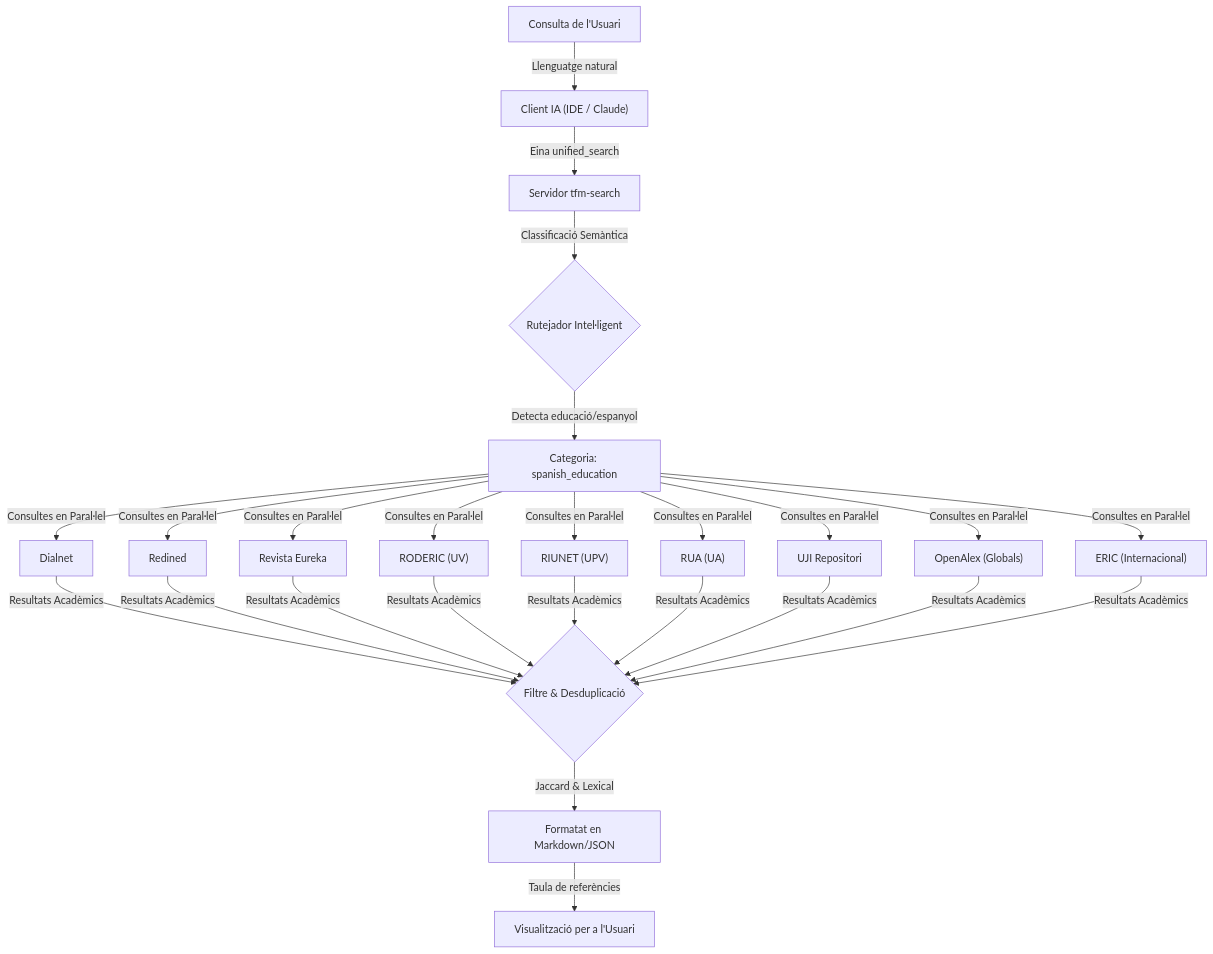
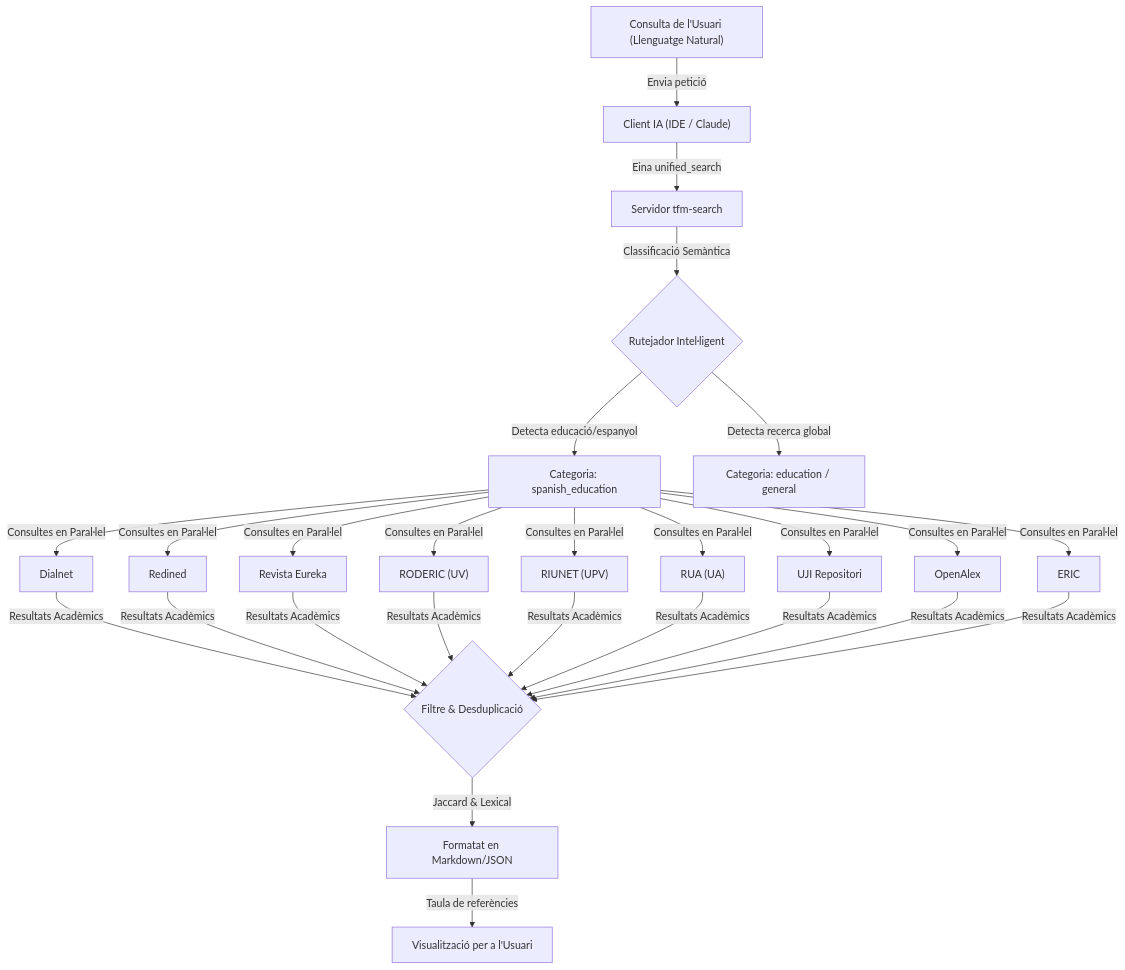
Before and after one commit to CasimirVictoria/TFM-Secundaria_FiQ_PC_Jupyter_Sagemath: the diagram in exemple_mcp.md, drawn with Mermaid. The commit also changed other lines of this file, not shown here.

````diff
--- a/exemple_mcp.md
+++ b/exemple_mcp.md
@@ -30,24 +22,25 @@
 ```mermaid
 graph TD
-    UserQuery["Consulta de l'Usuari"] --> |Llenguatge natural| Client["Client IA (IDE / Claude)"]
+    UserQuery["Consulta de l'Usuari (Llenguatge Natural)"] --> |Envia petició| Client["Client IA (IDE / Claude)"]
     Client --> |Eina unified_search| MCP["Servidor tfm-search"]
     
     MCP --> |Classificació Semàntica| Router{"Rutejador Intel·ligent"}
     
     Router -->|Detecta educació/espanyol| CatEdu["Categoria: spanish_education"]
+    Router -->|Detecta recerca global| CatGlob["Categoria: education / general"]
     
     CatEdu --> |Consultes en Paral·lel| Dialnet["Dialnet"]
     CatEdu --> |Consultes en Paral·lel| Redined["Redined"]
     CatEdu --> |Consultes en Paral·lel| Eureka["Revista Eureka"]
     CatEdu --> |Consultes en Paral·lel| Roderic["RODERIC (UV)"]
     CatEdu --> |Consultes en Paral·lel| Riunet["RIUNET (UPV)"]
     CatEdu --> |Consultes en Paral·lel| Rua["RUA (UA)"]
     CatEdu --> |Consultes en Paral·lel| Uji["UJI Repositori"]
-    CatEdu --> |Consultes en Paral·lel| OpenAlex["OpenAlex (Globals)"]
-    CatEdu --> |Consultes en Paral·lel| ERIC["ERIC (Internacional)"]
+    CatEdu --> |Consultes en Paral·lel| OpenAlex["OpenAlex"]
+    CatEdu --> |Consultes en Paral·lel| ERIC["ERIC"]
     
     Dialnet & Redined & Eureka & Roderic & Riunet & Rua & Uji & OpenAlex & ERIC --> |Resultats Acadèmics| Dedup{"Filtre & Desduplicació"}
     
     Dedup --> |Jaccard & Lexical| Format["Formatat en Markdown/JSON"]
     Format --> |Taula de referències| User["Visualització per a l'Usuari"]
 ```
````
